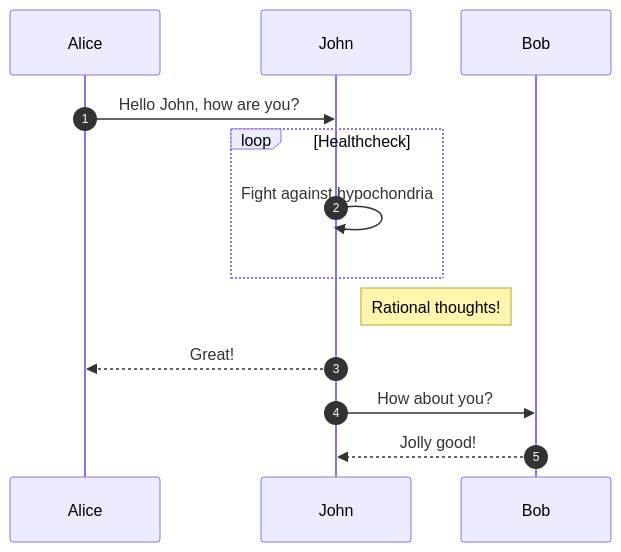
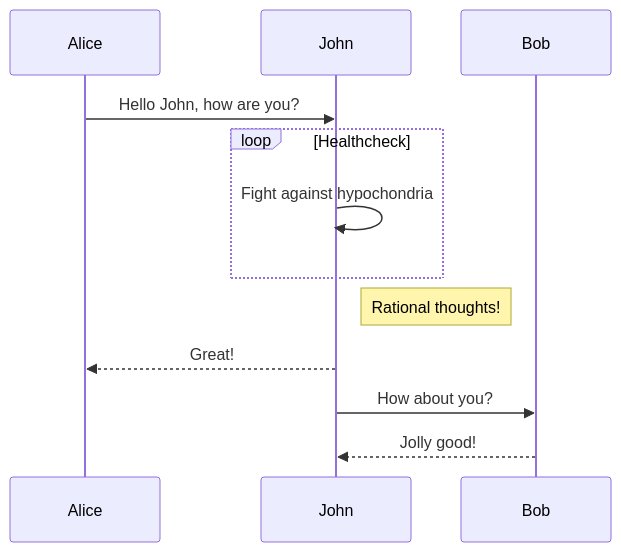
Before and after one commit to rolandtritsch/mermaid-template: the second of 6 diagrams in README.md, drawn with Mermaid.

Commit message:
Make sequenceDiagram work

````diff
--- a/README.md
+++ b/README.md
@@ -16,12 +16,11 @@
 ```mermaid
 sequenceDiagram
-autonumber
     Alice ->> John: Hello John, how are you?
     loop Healthcheck
         John ->> John: Fight against hypochondria
     end
     Note right of John: Rational thoughts!
     John -->> Alice: Great!
     John ->> Bob: How about you?
     Bob -->> John: Jolly good!
 ```
````
